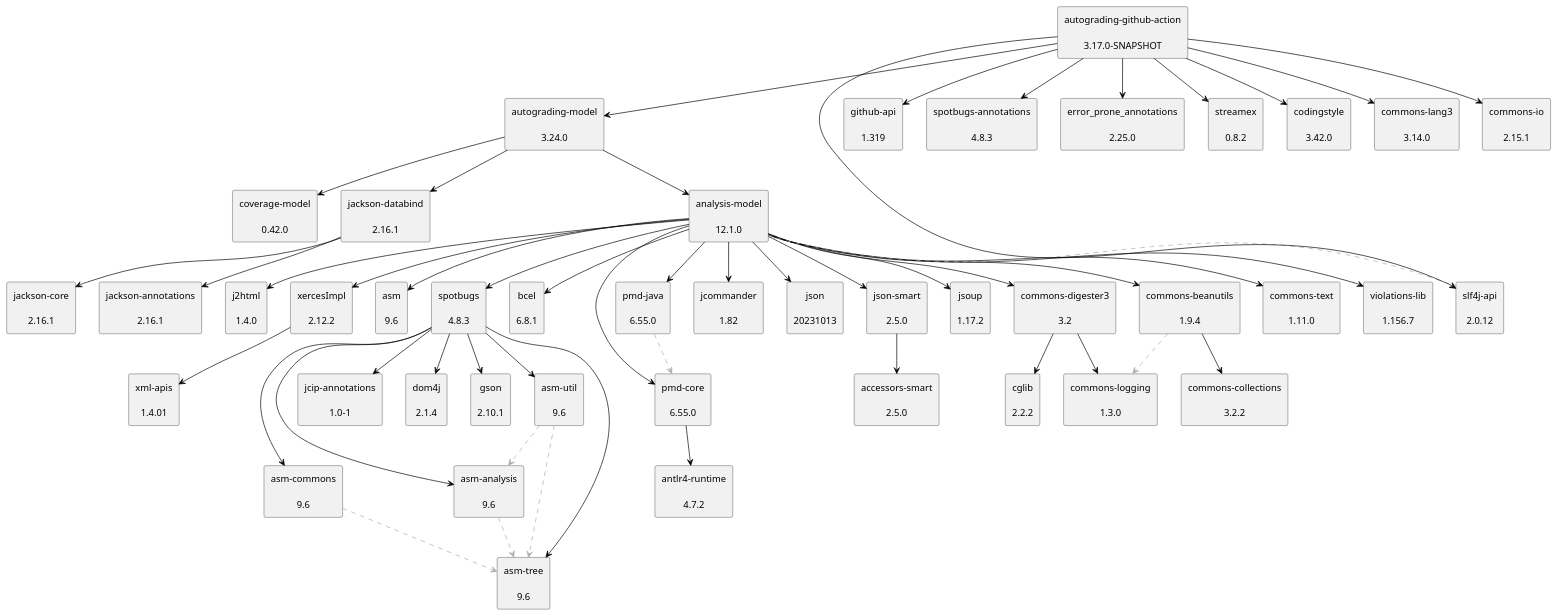
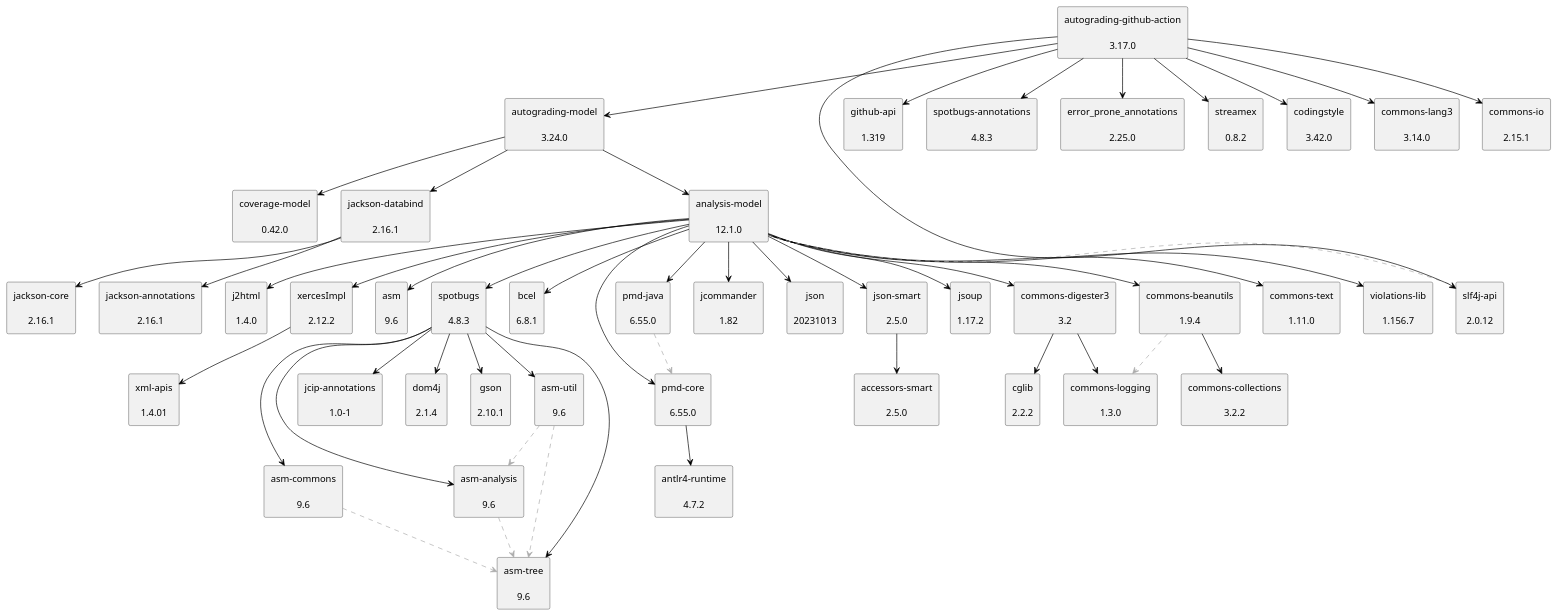
Before and after one commit to uhafner/autograding-github-action: the diagram in doc/dependency-graph.puml, drawn with PlantUML. The commit also changed 3 other files, not shown here.

```diff
--- a/doc/dependency-graph.puml
+++ b/doc/dependency-graph.puml
@@ -1,101 +1,101 @@
 @startuml
 skinparam defaultTextAlignment center
 skinparam rectangle {
   BackgroundColor<<optional>> beige
   BackgroundColor<<test>> lightGreen
   BackgroundColor<<runtime>> lightBlue
   BackgroundColor<<provided>> lightGray
 }
 rectangle "analysis-model\n\n12.1.0" as edu_hm_hafner_analysis_model_jar
 rectangle "jsoup\n\n1.17.2" as org_jsoup_jsoup_jar
 rectangle "commons-digester3\n\n3.2" as org_apache_commons_commons_digester3_jar
 rectangle "cglib\n\n2.2.2" as cglib_cglib_jar
 rectangle "commons-logging\n\n1.3.0" as commons_logging_commons_logging_jar
 rectangle "commons-beanutils\n\n1.9.4" as commons_beanutils_commons_beanutils_jar
 rectangle "commons-collections\n\n3.2.2" as commons_collections_commons_collections_jar
 rectangle "commons-text\n\n1.11.0" as org_apache_commons_commons_text_jar
 rectangle "violations-lib\n\n1.156.7" as se_bjurr_violations_violations_lib_jar
 rectangle "j2html\n\n1.4.0" as com_j2html_j2html_jar
 rectangle "xercesImpl\n\n2.12.2" as xerces_xercesImpl_jar
 rectangle "xml-apis\n\n1.4.01" as xml_apis_xml_apis_jar
 rectangle "asm\n\n9.6" as org_ow2_asm_asm_jar
 rectangle "asm-analysis\n\n9.6" as org_ow2_asm_asm_analysis_jar
 rectangle "asm-tree\n\n9.6" as org_ow2_asm_asm_tree_jar
 rectangle "spotbugs\n\n4.8.3" as com_github_spotbugs_spotbugs_jar
 rectangle "asm-commons\n\n9.6" as org_ow2_asm_asm_commons_jar
 rectangle "asm-util\n\n9.6" as org_ow2_asm_asm_util_jar
 rectangle "jcip-annotations\n\n1.0-1" as com_github_stephenc_jcip_jcip_annotations_jar
 rectangle "dom4j\n\n2.1.4" as org_dom4j_dom4j_jar
 rectangle "gson\n\n2.10.1" as com_google_code_gson_gson_jar
 rectangle "bcel\n\n6.8.1" as org_apache_bcel_bcel_jar
 rectangle "pmd-core\n\n6.55.0" as net_sourceforge_pmd_pmd_core_jar
 rectangle "antlr4-runtime\n\n4.7.2" as org_antlr_antlr4_runtime_jar
 rectangle "jcommander\n\n1.82" as com_beust_jcommander_jar
 rectangle "pmd-java\n\n6.55.0" as net_sourceforge_pmd_pmd_java_jar
 rectangle "json\n\n20231013" as org_json_json_jar
 rectangle "json-smart\n\n2.5.0" as net_minidev_json_smart_jar
 rectangle "accessors-smart\n\n2.5.0" as net_minidev_accessors_smart_jar
 rectangle "slf4j-api\n\n2.0.12" as org_slf4j_slf4j_api_jar
 rectangle "autograding-model\n\n3.24.0" as edu_hm_hafner_autograding_model_jar
 rectangle "coverage-model\n\n0.42.0" as edu_hm_hafner_coverage_model_jar
 rectangle "jackson-databind\n\n2.16.1" as com_fasterxml_jackson_core_jackson_databind_jar
 rectangle "jackson-annotations\n\n2.16.1" as com_fasterxml_jackson_core_jackson_annotations_jar
 rectangle "jackson-core\n\n2.16.1" as com_fasterxml_jackson_core_jackson_core_jar
-rectangle "autograding-github-action\n\n3.17.0-SNAPSHOT" as edu_hm_hafner_autograding_github_action_jar
+rectangle "autograding-github-action\n\n3.17.0" as edu_hm_hafner_autograding_github_action_jar
 rectangle "github-api\n\n1.319" as org_kohsuke_github_api_jar
 rectangle "spotbugs-annotations\n\n4.8.3" as com_github_spotbugs_spotbugs_annotations_jar
 rectangle "error_prone_annotations\n\n2.25.0" as com_google_errorprone_error_prone_annotations_jar
 rectangle "streamex\n\n0.8.2" as one_util_streamex_jar
 rectangle "codingstyle\n\n3.42.0" as edu_hm_hafner_codingstyle_jar
 rectangle "commons-lang3\n\n3.14.0" as org_apache_commons_commons_lang3_jar
 rectangle "commons-io\n\n2.15.1" as commons_io_commons_io_jar
 edu_hm_hafner_analysis_model_jar -[#000000]-> org_jsoup_jsoup_jar
 org_apache_commons_commons_digester3_jar -[#000000]-> cglib_cglib_jar
 org_apache_commons_commons_digester3_jar -[#000000]-> commons_logging_commons_logging_jar
 edu_hm_hafner_analysis_model_jar -[#000000]-> org_apache_commons_commons_digester3_jar
 commons_beanutils_commons_beanutils_jar .[#ABABAB].> commons_logging_commons_logging_jar
 commons_beanutils_commons_beanutils_jar -[#000000]-> commons_collections_commons_collections_jar
 edu_hm_hafner_analysis_model_jar -[#000000]-> commons_beanutils_commons_beanutils_jar
 edu_hm_hafner_analysis_model_jar -[#000000]-> org_apache_commons_commons_text_jar
 edu_hm_hafner_analysis_model_jar -[#000000]-> se_bjurr_violations_violations_lib_jar
 edu_hm_hafner_analysis_model_jar -[#000000]-> com_j2html_j2html_jar
 xerces_xercesImpl_jar -[#000000]-> xml_apis_xml_apis_jar
 edu_hm_hafner_analysis_model_jar -[#000000]-> xerces_xercesImpl_jar
 edu_hm_hafner_analysis_model_jar -[#000000]-> org_ow2_asm_asm_jar
 org_ow2_asm_asm_analysis_jar .[#ABABAB].> org_ow2_asm_asm_tree_jar
 com_github_spotbugs_spotbugs_jar -[#000000]-> org_ow2_asm_asm_analysis_jar
 org_ow2_asm_asm_commons_jar .[#ABABAB].> org_ow2_asm_asm_tree_jar
 com_github_spotbugs_spotbugs_jar -[#000000]-> org_ow2_asm_asm_commons_jar
 com_github_spotbugs_spotbugs_jar -[#000000]-> org_ow2_asm_asm_tree_jar
 org_ow2_asm_asm_util_jar .[#ABABAB].> org_ow2_asm_asm_tree_jar
 org_ow2_asm_asm_util_jar .[#ABABAB].> org_ow2_asm_asm_analysis_jar
 com_github_spotbugs_spotbugs_jar -[#000000]-> org_ow2_asm_asm_util_jar
 com_github_spotbugs_spotbugs_jar -[#000000]-> com_github_stephenc_jcip_jcip_annotations_jar
 com_github_spotbugs_spotbugs_jar -[#000000]-> org_dom4j_dom4j_jar
 com_github_spotbugs_spotbugs_jar -[#000000]-> com_google_code_gson_gson_jar
 edu_hm_hafner_analysis_model_jar -[#000000]-> com_github_spotbugs_spotbugs_jar
 edu_hm_hafner_analysis_model_jar -[#000000]-> org_apache_bcel_bcel_jar
 net_sourceforge_pmd_pmd_core_jar -[#000000]-> org_antlr_antlr4_runtime_jar
 edu_hm_hafner_analysis_model_jar -[#000000]-> net_sourceforge_pmd_pmd_core_jar
 edu_hm_hafner_analysis_model_jar -[#000000]-> com_beust_jcommander_jar
 net_sourceforge_pmd_pmd_java_jar .[#ABABAB].> net_sourceforge_pmd_pmd_core_jar
 edu_hm_hafner_analysis_model_jar -[#000000]-> net_sourceforge_pmd_pmd_java_jar
 edu_hm_hafner_analysis_model_jar -[#000000]-> org_json_json_jar
 net_minidev_json_smart_jar -[#000000]-> net_minidev_accessors_smart_jar
 edu_hm_hafner_analysis_model_jar -[#000000]-> net_minidev_json_smart_jar
 edu_hm_hafner_analysis_model_jar .[#ABABAB].> org_slf4j_slf4j_api_jar
 edu_hm_hafner_autograding_model_jar -[#000000]-> edu_hm_hafner_analysis_model_jar
 edu_hm_hafner_autograding_model_jar -[#000000]-> edu_hm_hafner_coverage_model_jar
 com_fasterxml_jackson_core_jackson_databind_jar -[#000000]-> com_fasterxml_jackson_core_jackson_annotations_jar
 com_fasterxml_jackson_core_jackson_databind_jar -[#000000]-> com_fasterxml_jackson_core_jackson_core_jar
 edu_hm_hafner_autograding_model_jar -[#000000]-> com_fasterxml_jackson_core_jackson_databind_jar
 edu_hm_hafner_autograding_github_action_jar -[#000000]-> edu_hm_hafner_autograding_model_jar
 edu_hm_hafner_autograding_github_action_jar -[#000000]-> org_kohsuke_github_api_jar
 edu_hm_hafner_autograding_github_action_jar -[#000000]-> org_slf4j_slf4j_api_jar
 edu_hm_hafner_autograding_github_action_jar -[#000000]-> com_github_spotbugs_spotbugs_annotations_jar
 edu_hm_hafner_autograding_github_action_jar -[#000000]-> com_google_errorprone_error_prone_annotations_jar
 edu_hm_hafner_autograding_github_action_jar -[#000000]-> one_util_streamex_jar
 edu_hm_hafner_autograding_github_action_jar -[#000000]-> edu_hm_hafner_codingstyle_jar
 edu_hm_hafner_autograding_github_action_jar -[#000000]-> org_apache_commons_commons_lang3_jar
 edu_hm_hafner_autograding_github_action_jar -[#000000]-> commons_io_commons_io_jar
 @enduml
```
